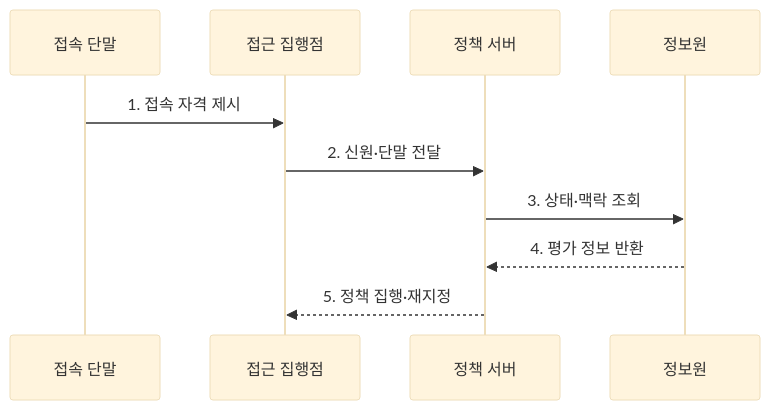
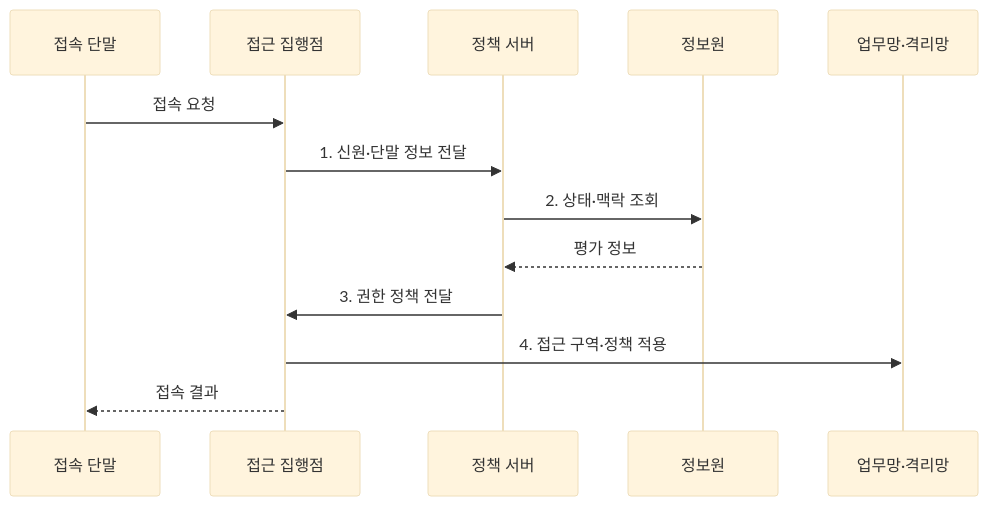
The second of 2 diagrams in src/content/docs/notes/04-network/114_network_access_control.md (agnusdei1207/knowledge-base), drawn with Mermaid (base theme) before and after one commit. The commit also changed other lines of this file and 16 other files, not shown here.

````diff
--- a/src/content/docs/notes/04-network/114_network_access_control.md
+++ b/src/content/docs/notes/04-network/114_network_access_control.md
@@ -82,12 +79,15 @@
 ```mermaid
 sequenceDiagram
   participant E as 접속 단말
   participant P as 접근 집행점
   participant S as 정책 서버
   participant I as 정보원
-  E->>P: 1. 접속 자격 제시
-  P->>S: 2. 신원·단말 전달
-  S->>I: 3. 상태·맥락 조회
-  I-->>S: 4. 평가 정보 반환
-  S-->>P: 5. 정책 집행·재지정
+  participant N as 업무망·격리망
+  E->>P: 접속 요청
+  P->>S: 1. 신원·단말 정보 전달
+  S->>I: 2. 상태·맥락 조회
+  I-->>S: 평가 정보
+  S->>P: 3. 권한 정책 전달
+  P->>N: 4. 접근 구역·정책 적용
+  P-->>E: 접속 결과
 ```
````
